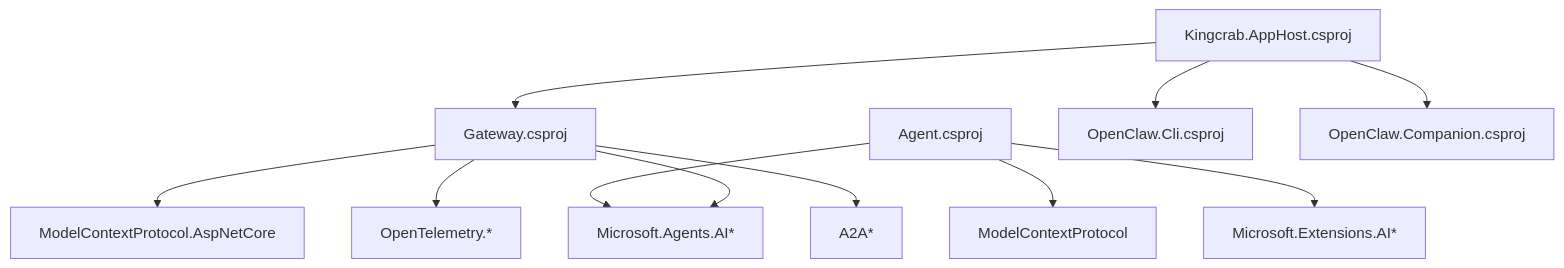
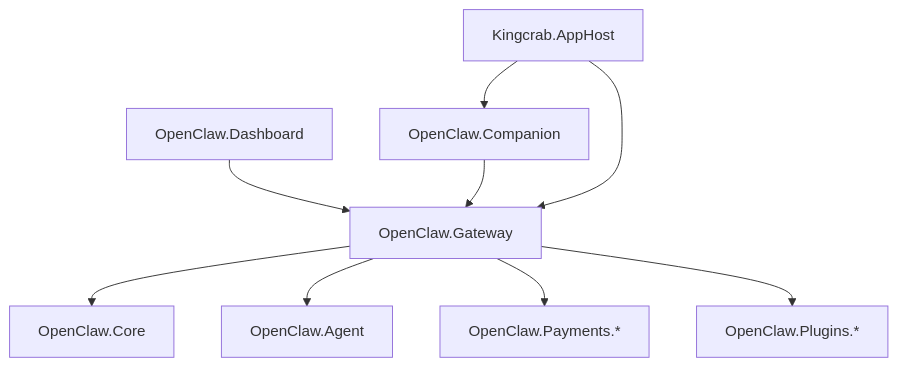
One commit to wayyet/kingcrab changed the eighth of 8 diagrams in .qoder/repowiki/zh/content/项目概述/技术栈概览.md. Above: the diagram before and after it, drawn with Mermaid. The commit also changed other lines of this file and 431 other files, not shown here.

````diff
--- a/.qoder/repowiki/zh/content/项目概述/技术栈概览.md
+++ b/.qoder/repowiki/zh/content/项目概述/技术栈概览.md
@@ -322,13 +313,11 @@
 ```mermaid
 graph TB
-GWProj["Gateway.csproj"] --> MAF["Microsoft.Agents.AI*"]
-GWProj --> MCPASP["ModelContextProtocol.AspNetCore"]
-GWProj --> OTLP["OpenTelemetry.*"]
-GWProj --> A2A["A2A*"]
-AgentProj["Agent.csproj"] --> MCP["ModelContextProtocol"]
-AgentProj --> ExtAI["Microsoft.Extensions.AI*"]
-AgentProj --> MAF
-AppHost["Kingcrab.AppHost.csproj"] --> GWProj
-AppHost --> CLI["OpenClaw.Cli.csproj"]
-AppHost --> Companion["OpenClaw.Companion.csproj"]
+Gateway["OpenClaw.Gateway"] --> Core["OpenClaw.Core"]
+Gateway --> Agent["OpenClaw.Agent"]
+Gateway --> Payments["OpenClaw.Payments.*"]
+Gateway --> Plugins["OpenClaw.Plugins.*"]
+Dashboard["OpenClaw.Dashboard"] --> Gateway
+Companion["OpenClaw.Companion"] --> Gateway
+AppHost["Kingcrab.AppHost"] --> Gateway
+AppHost --> Companion
 ```
````
